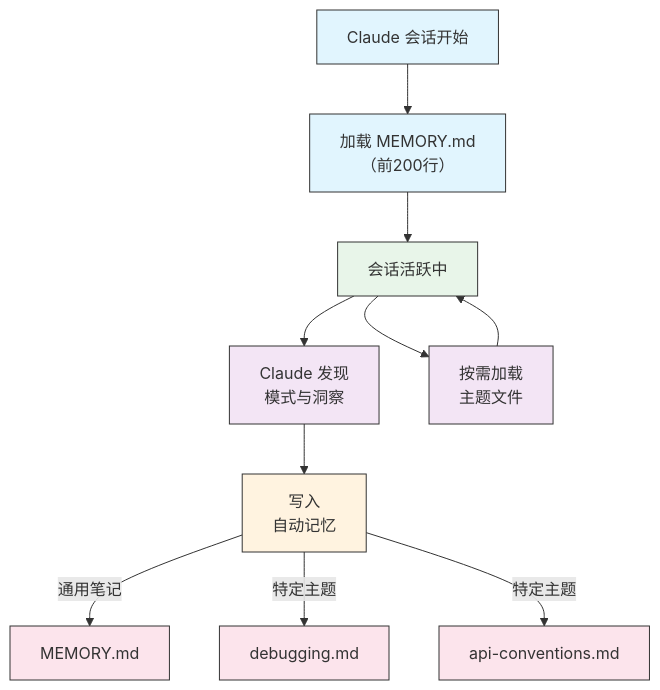
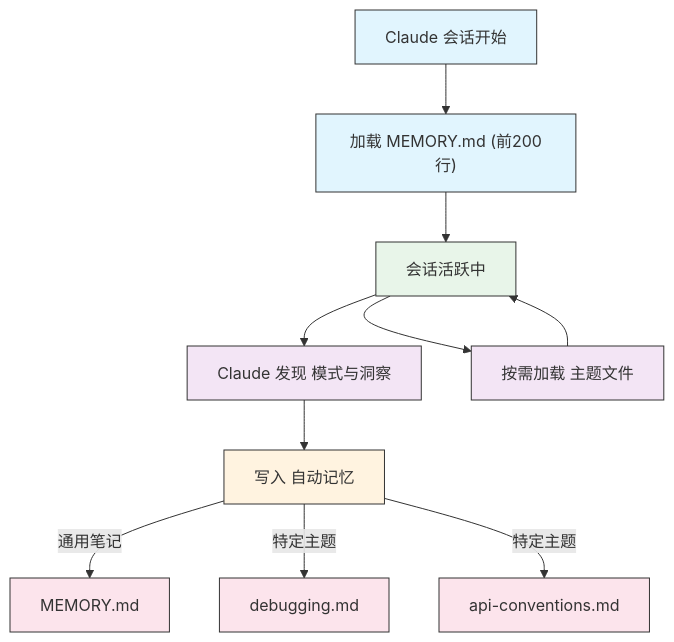
One commit to Rx782-Fss/claude-howto-zh changed the fourth of 4 diagrams in 02-memory/README.md. Above: the diagram before and after it, drawn with Mermaid. The commit also changed other lines of this file and 5 other files, not shown here.

Commit message:
fix: Mermaid 内全角括号/问号/emoji/<br/> 改为半角ASCII避免 GitHub 渲染失败

````diff
--- a/02-memory/README.md
+++ b/02-memory/README.md
@@ -372,22 +372,22 @@
 ```mermaid
 graph TD
-    A["Claude 会话开始"] --> B["加载 MEMORY.md<br/>（前200行）"]
+    A["Claude 会话开始"] --> B["加载 MEMORY.md (前200行)"]
     B --> C["会话活跃中"]
-    C --> D["Claude 发现<br/>模式与洞察"]
-    D --> E["写入<br/>自动记忆"]
+    C --> D["Claude 发现 模式与洞察"]
+    D --> E["写入 自动记忆"]
     E -->|通用笔记| F["MEMORY.md"]
     E -->|特定主题| G["debugging.md"]
     E -->|特定主题| H["api-conventions.md"]
-    C --> I["按需加载<br/>主题文件"]
+    C --> I["按需加载 主题文件"]
     I --> C
 
     style A fill:#e1f5fe,stroke:#333,color:#333
     style B fill:#e1f5fe,stroke:#333,color:#333
     style C fill:#e8f5e9,stroke:#333,color:#333
     style D fill:#f3e5f5,stroke:#333,color:#333
     style E fill:#fff3e0,stroke:#333,color:#333
     style F fill:#fce4ec,stroke:#333,color:#333
     style G fill:#fce4ec,stroke:#333,color:#333
     style H fill:#fce4ec,stroke:#333,color:#333
     style I fill:#f3e5f5,stroke:#333,color:#333
 ```
````
